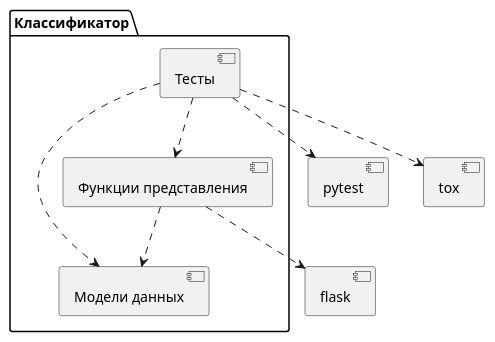
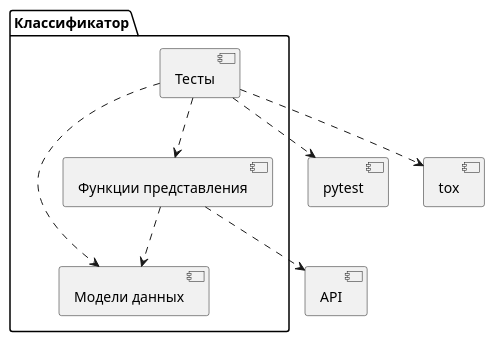
One commit to heazzed/oop-in-web changed the diagram in checkpoints/1/development.puml. Above: the diagram before and after it, drawn with PlantUML. The commit also changed 12 other files, not shown here.

```diff
--- a/checkpoints/1/development.puml
+++ b/checkpoints/1/development.puml
@@ -1,16 +1,16 @@
 @startuml
 'development-view'
 
 package Классификатор {
   [Функции представления]
   [Модели данных]
   [Тесты]
 }
 
-  [Функции представления] ..> [flask]
+  [Функции представления] ..> [API]
   [Тесты] ..> [pytest]
   [Тесты] ..> [tox]
   [Функции представления] ..> [Модели данных]
   [Тесты] ..> [Модели данных]
   [Тесты] ..> [Функции представления]
 @enduml
```
